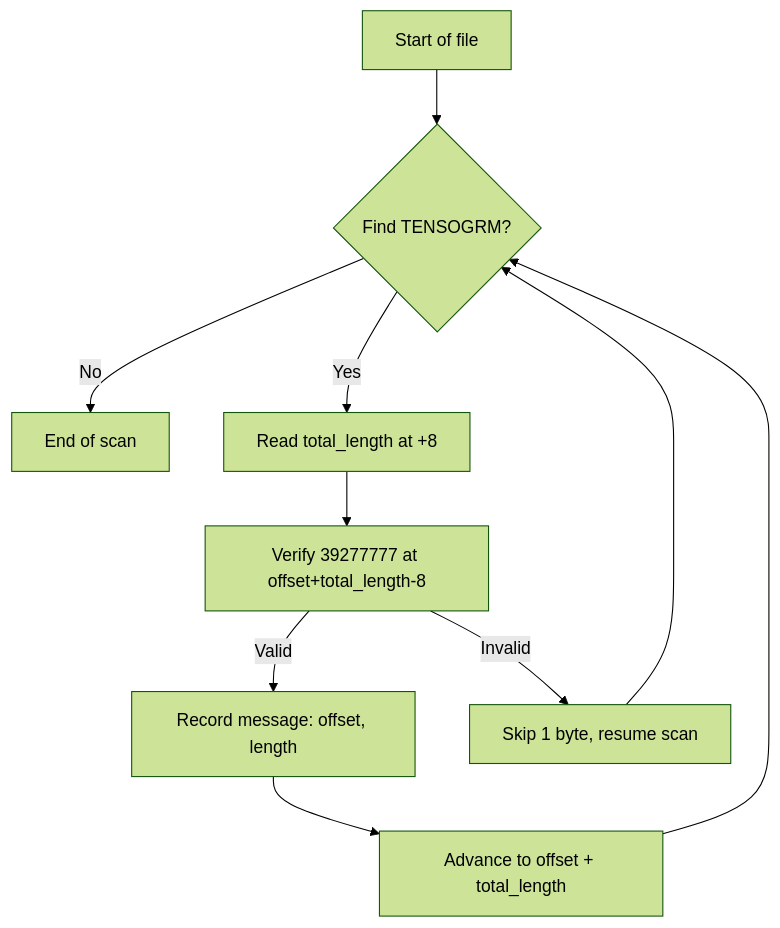
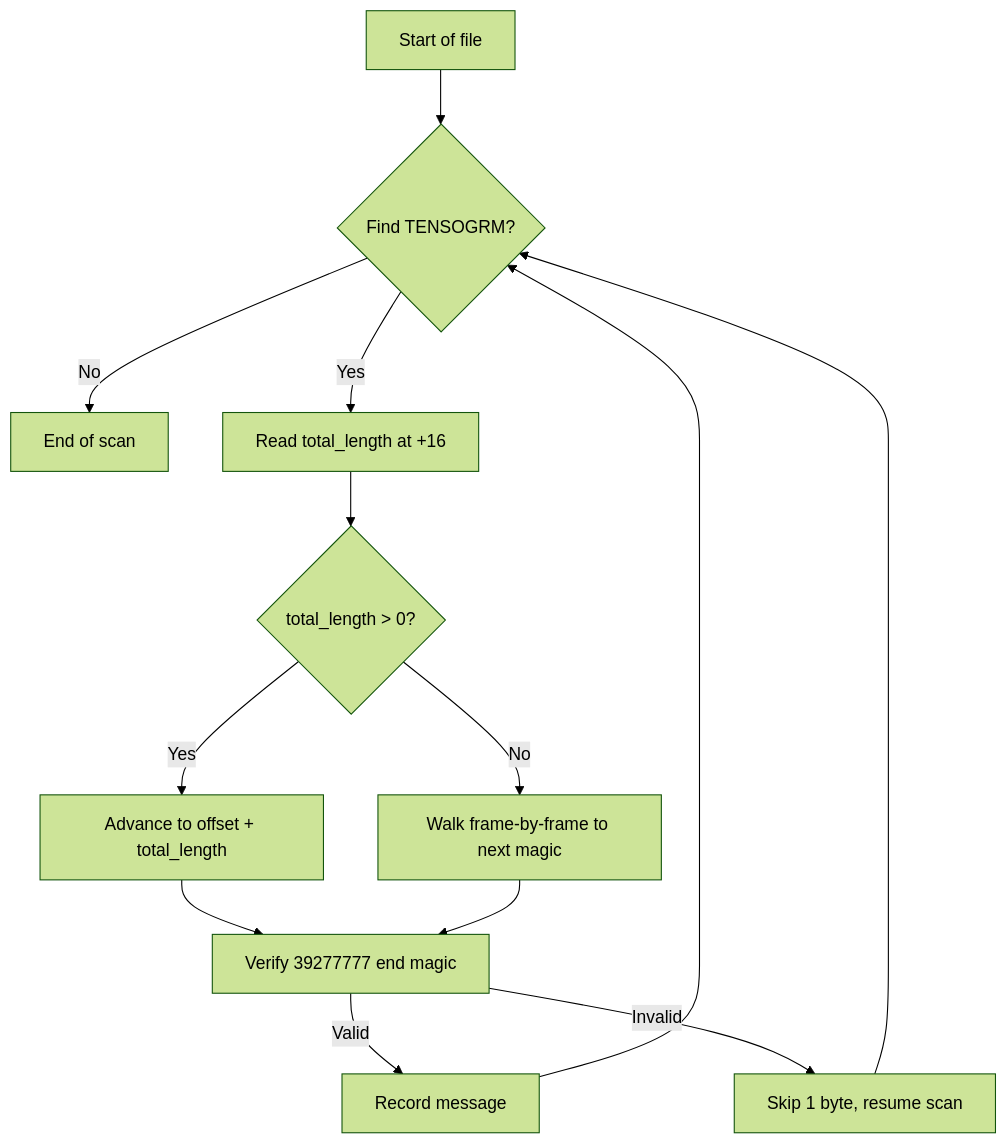
One commit to ecmwf/tensogram changed the diagram in docs/src/format/wire-format.md. Above: the diagram before and after it, drawn with Mermaid (forest theme). The commit also changed other lines of this file and 18 other files, not shown here.

````diff
--- a/docs/src/format/wire-format.md
+++ b/docs/src/format/wire-format.md
@@ -59,12 +188,15 @@
 ```mermaid
 flowchart TD
     A[Start of file] --> B{Find TENSOGRM?}
     B -- No --> Z[End of scan]
-    B -- Yes --> C[Read total_length at +8]
-    C --> D[Verify 39277777 at offset+total_length-8]
-    D -- Valid --> E[Record message: offset, length]
-    E --> F[Advance to offset + total_length]
-    F --> B
-    D -- Invalid --> G[Skip 1 byte, resume scan]
-    G --> B
+    B -- Yes --> C[Read total_length at +16]
+    C --> D{total_length > 0?}
+    D -- Yes --> E[Advance to offset + total_length]
+    D -- No --> F[Walk frame-by-frame to next magic]
+    E --> G[Verify 39277777 end magic]
+    F --> G
+    G -- Valid --> H[Record message]
+    H --> B
+    G -- Invalid --> I[Skip 1 byte, resume scan]
+    I --> B
 ```
````
